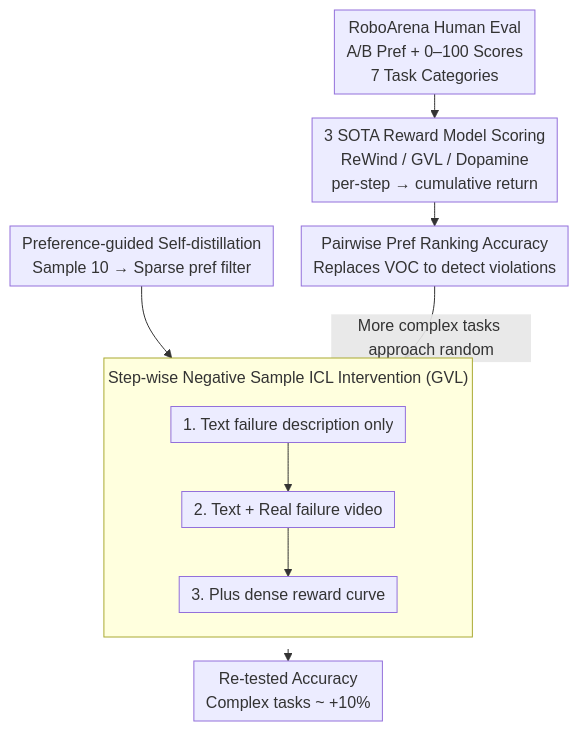
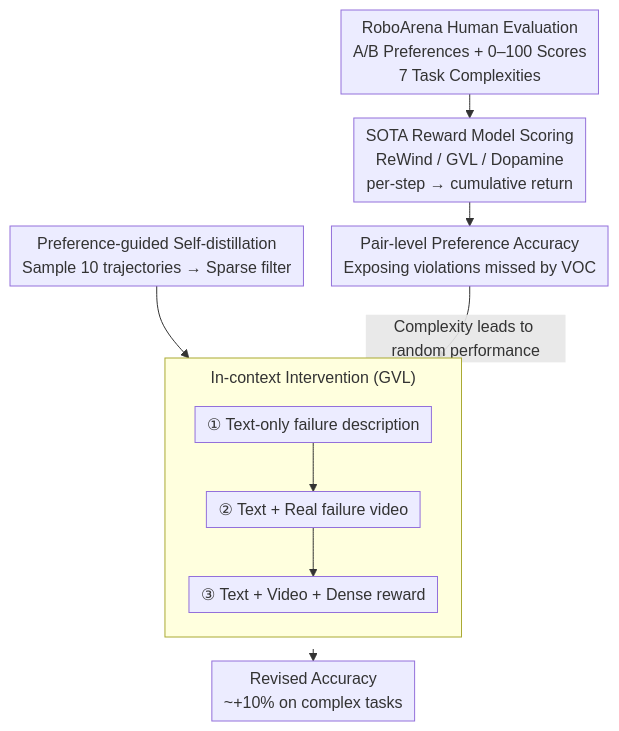
The diagram in docs/ICML2026/robotics/position_good_embodied_reward_models_need_bad_behavior_data.md (zhaoyang97/Paper-Notes-en), drawn with Mermaid before and after one commit. The commit also changed other lines of this file and 5084 other files, not shown here.

````diff
--- a/docs/ICML2026/robotics/position_good_embodied_reward_models_need_bad_behavior_data.md
+++ b/docs/ICML2026/robotics/position_good_embodied_reward_models_need_bad_behavior_data.md
@@ -46,14 +46,14 @@
 ```mermaid
 %%{init: {'flowchart': {'rankSpacing': 24, 'nodeSpacing': 28, 'padding': 6, 'wrappingWidth': 400, 'subGraphTitleMargin': {'top': 8, 'bottom': 16}}}}%%
 flowchart TD
-    A["RoboArena Human Eval<br/>A/B Pref + 0–100 Scores<br/>7 Task Categories"] --> B["3 SOTA Reward Model Scoring<br/>ReWind / GVL / Dopamine<br/>per-step → cumulative return"]
-    B --> C["Pairwise Pref Ranking Accuracy<br/>Replaces VOC to detect violations"]
-    C -->|"More complex tasks approach random"| E
-    subgraph E["Step-wise Negative Sample ICL Intervention (GVL)"]
+    A["RoboArena Human Evaluation<br/>A/B Preferences + 0–100 Scores<br/>7 Task Complexities"] --> B["SOTA Reward Model Scoring<br/>ReWind / GVL / Dopamine<br/>per-step → cumulative return"]
+    B --> C["Pair-level Preference Accuracy<br/>Exposing violations missed by VOC"]
+    C -->|"Complexity leads to random performance"| E
+    subgraph E["In-context Intervention (GVL)"]
         direction TB
-        E1["1. Text failure description only"] --> E2["2. Text + Real failure video"]
-        E2 --> E3["3. Plus dense reward curve"]
+        E1["① Text-only failure description"] --> E2["② Text + Real failure video"]
+        E2 --> E3["③ Text + Video + Dense reward"]
     end
-    F["Preference-guided Self-distillation<br/>Sample 10 → Sparse pref filter"] --> E3
-    E --> G["Re-tested Accuracy<br/>Complex tasks ~ +10%"]
+    F["Preference-guided Self-distillation<br/>Sample 10 trajectories → Sparse filter"] --> E3
+    E --> G["Revised Accuracy<br/>~+10% on complex tasks"]
 ```
````
